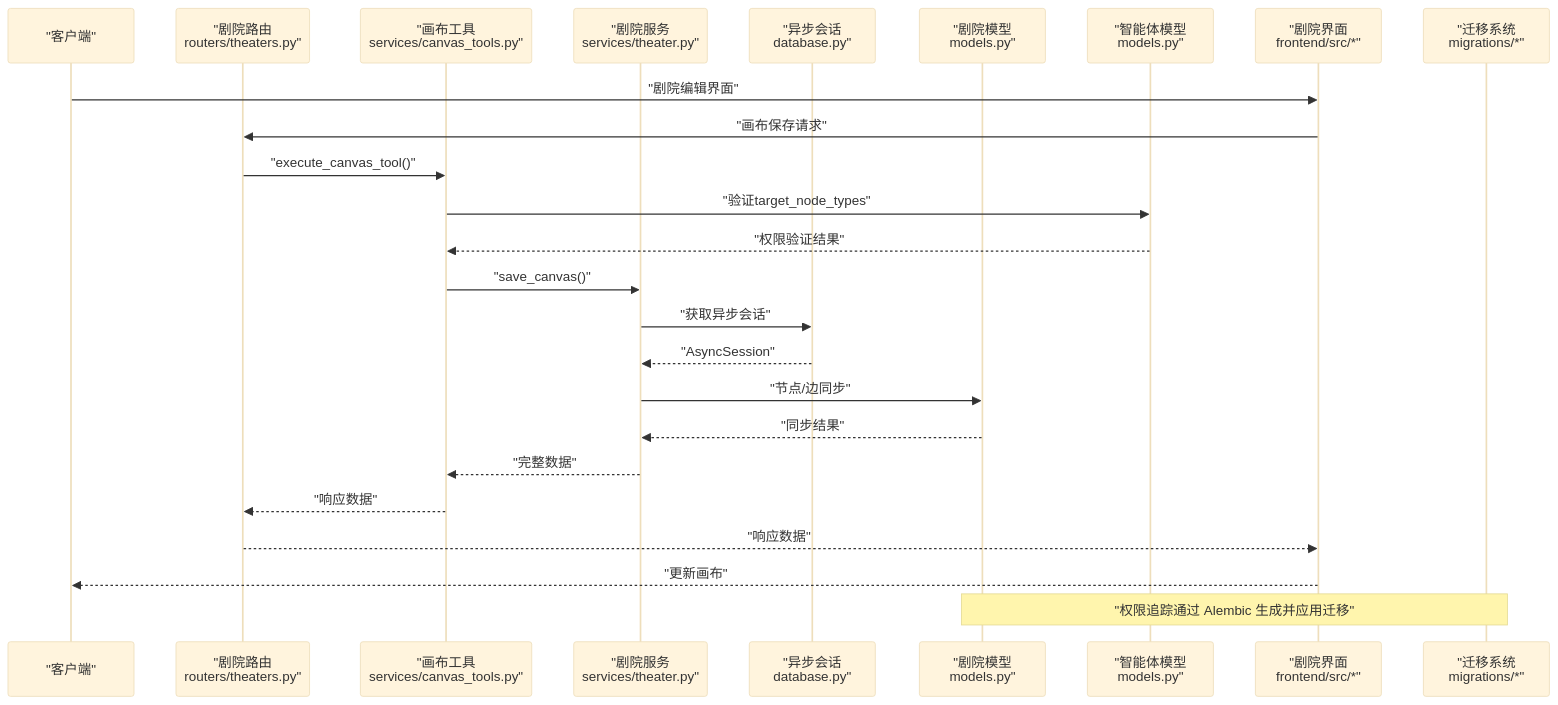
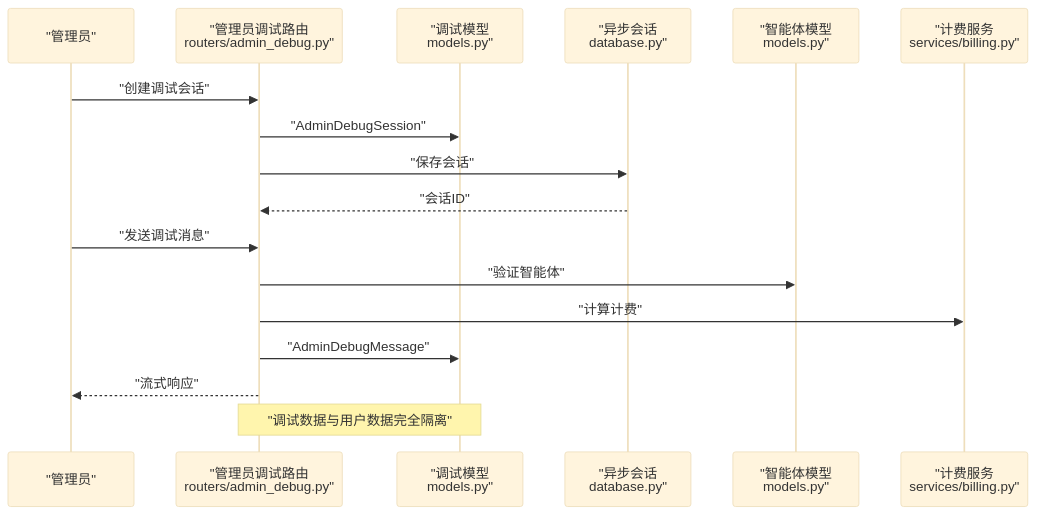
Before and after one commit to KunLabAI/KunFlix: the second of 5 diagrams in .qoder/repowiki/zh/content/后端开发指南/数据库模型设计.md, drawn with Mermaid (base theme). The commit also changed other lines of this file and 12 other files, not shown here.

````diff
--- a/.qoder/repowiki/zh/content/后端开发指南/数据库模型设计.md
+++ b/.qoder/repowiki/zh/content/后端开发指南/数据库模型设计.md
@@ -170,27 +176,19 @@
 ```mermaid
 sequenceDiagram
-participant Client as "客户端"
-participant TheaterRouter as "剧院路由<br/>routers/theaters.py"
-participant CanvasTools as "画布工具<br/>services/canvas_tools.py"
-participant TheaterService as "剧院服务<br/>services/theater.py"
+participant Admin as "管理员"
+participant AdminDebugRouter as "管理员调试路由<br/>routers/admin_debug.py"
+participant AdminDebugModels as "调试模型<br/>models.py"
 participant Session as "异步会话<br/>database.py"
-participant TheaterModel as "剧院模型<br/>models.py"
 participant AgentModel as "智能体模型<br/>models.py"
-participant Frontend as "剧院界面<br/>frontend/src/*"
-participant Alembic as "迁移系统<br/>migrations/*"
-Client->>Frontend : "剧院编辑界面"
-Frontend->>TheaterRouter : "画布保存请求"
-TheaterRouter->>CanvasTools : "execute_canvas_tool()"
-CanvasTools->>AgentModel : "验证target_node_types"
-AgentModel-->>CanvasTools : "权限验证结果"
-CanvasTools->>TheaterService : "save_canvas()"
-TheaterService->>Session : "获取异步会话"
-Session-->>TheaterService : "AsyncSession"
-TheaterService->>TheaterModel : "节点/边同步"
-TheaterModel-->>TheaterService : "同步结果"
-TheaterService-->>CanvasTools : "完整数据"
-CanvasTools-->>TheaterRouter : "响应数据"
-TheaterRouter-->>Frontend : "响应数据"
-Frontend-->>Client : "更新画布"
-Note over Alembic,TheaterModel : "权限追踪通过 Alembic 生成并应用迁移"
+participant BillingService as "计费服务<br/>services/billing.py"
+Admin->>AdminDebugRouter : "创建调试会话"
+AdminDebugRouter->>AdminDebugModels : "AdminDebugSession"
+AdminDebugRouter->>Session : "保存会话"
+Session-->>AdminDebugRouter : "会话ID"
+Admin->>AdminDebugRouter : "发送调试消息"
+AdminDebugRouter->>AgentModel : "验证智能体"
+AdminDebugRouter->>BillingService : "计算计费"
+AdminDebugRouter->>AdminDebugModels : "AdminDebugMessage"
+AdminDebugRouter-->>Admin : "流式响应"
+Note over AdminDebugRouter,AdminDebugModels : "调试数据与用户数据完全隔离"
 ```
````
